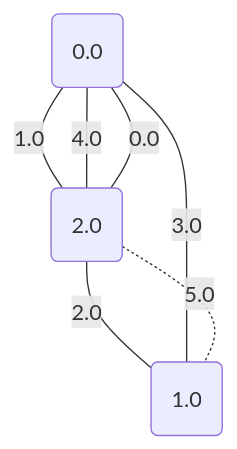
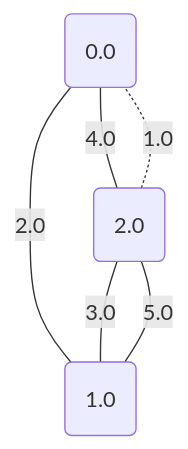
The fourth of 5 diagrams in project/src/testing/showcase/minCut.md (metury/graphs), drawn with Mermaid before and after one commit. The commit also changed other lines of this file and 40 other files, not shown here.

````diff
--- a/project/src/testing/showcase/minCut.md
+++ b/project/src/testing/showcase/minCut.md
@@ -66,12 +66,11 @@
 ```mermaid
 graph TD;
 	0("0.0");
 	1("1.0");
 	2("2.0");
-	2 -- "0.0" --- 0;
-	0 -- "1.0" --- 2;
-	2 -- "2.0" --- 1;
-	0 -- "3.0" --- 1;
+	2 -. "1.0" -.- 0;
+	0 -- "2.0" --- 1;
+	2 -- "3.0" --- 1;
 	0 -- "4.0" --- 2;
-	2 -. "5.0" -.- 1;
+	2 -- "5.0" --- 1;
 ```
````
